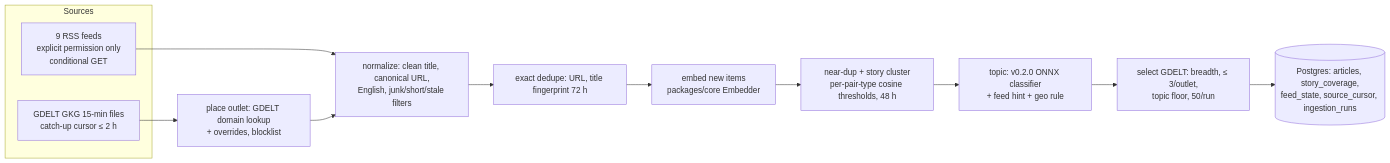
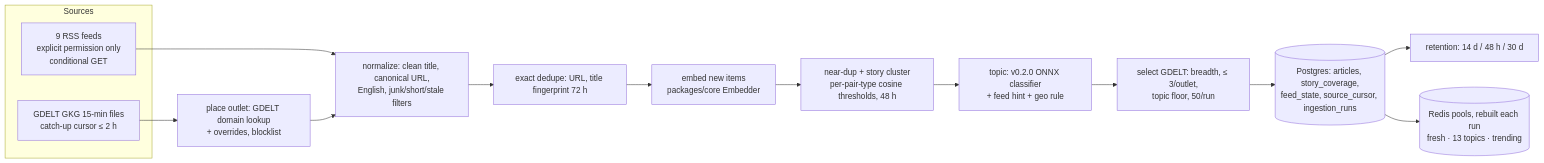
Before and after one commit to Unmesh30/firstread: the fifth of 5 diagrams in docs/architecture.md, drawn with Mermaid. The commit also changed other lines of this file and 9 other files, not shown here.

First line of the commit message:
docs: learn chapter 02, ADR 0007/0009 amendments, data card, SPEC, architecture and README for 2b

````diff
--- a/docs/architecture.md
+++ b/docs/architecture.md
@@ -109,16 +109,18 @@
 ```mermaid
 flowchart LR
   subgraph Sources
     RSS[9 RSS feeds<br/>explicit permission only<br/>conditional GET]
     GKG[GDELT GKG 15-min files<br/>catch-up cursor ≤ 2 h]
   end
   GKG --> PL[place outlet: GDELT domain lookup<br/>+ overrides, blocklist]
   RSS --> N[normalize: clean title, canonical URL,<br/>English, junk/short/stale filters]
   PL --> N
   N --> X[exact dedupe: URL, title fingerprint 72 h]
   X --> E[embed new items<br/>packages/core Embedder]
   E --> D[near-dup + story cluster<br/>per-pair-type cosine thresholds, 48 h]
   D --> C[topic: v0.2.0 ONNX classifier<br/>+ feed hint + geo rule]
   C --> S[select GDELT: breadth, ≤ 3/outlet,<br/>topic floor, 50/run]
   S --> PG[(Postgres: articles, story_coverage,<br/>feed_state, source_cursor, ingestion_runs)]
+  PG --> RET[retention: 14 d / 48 h / 30 d]
+  PG --> POOLS[(Redis pools, rebuilt each run<br/>fresh · 13 topics · trending)]
 ```
````
